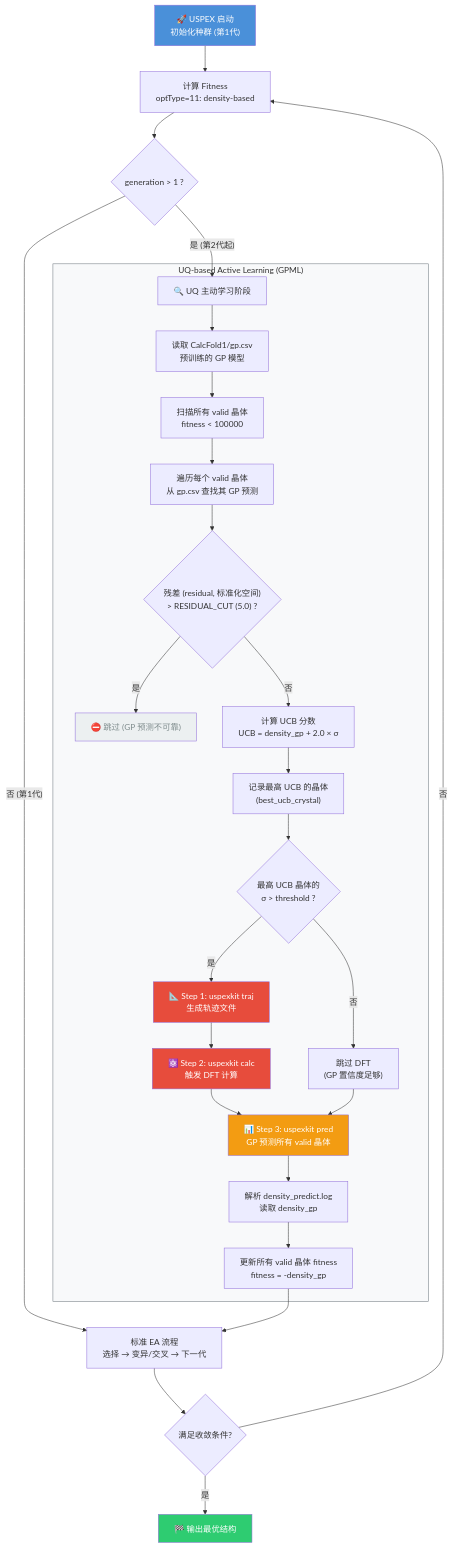
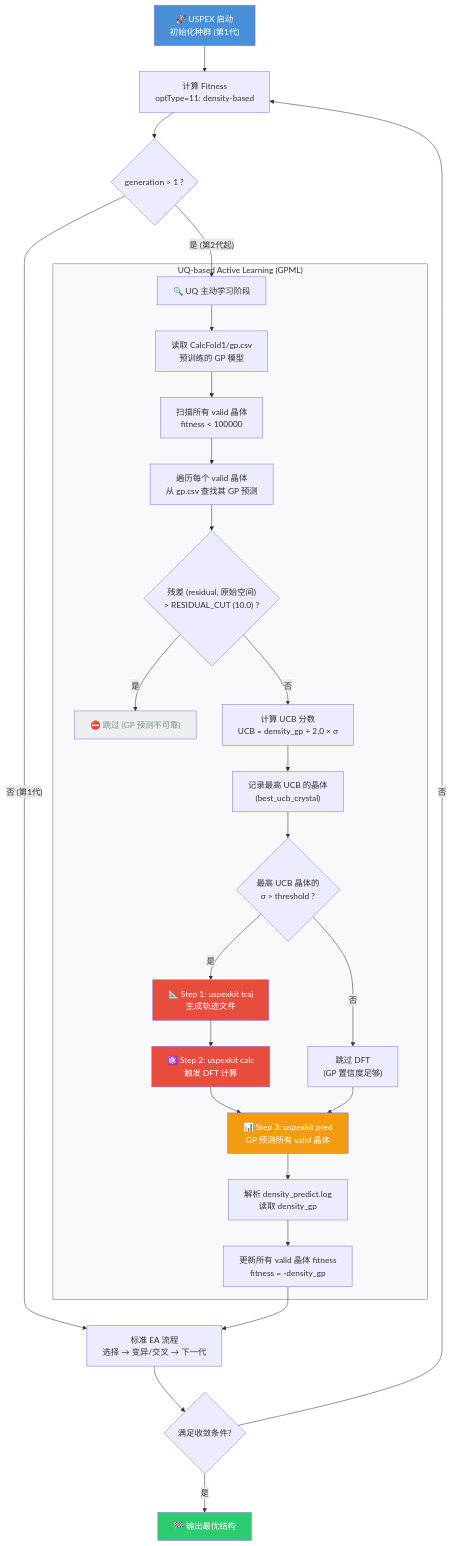
The first of 2 diagrams in docs/uq_active_learning_flowchart.md (fenggo/gpevo), drawn with Mermaid before and after one commit. The commit also changed other lines of this file and 10 other files, not shown here.

Commit message:
revert(gp): drop residual standardization, restore cutoff 10 via RESIDUAL_CUT

````diff
--- a/docs/uq_active_learning_flowchart.md
+++ b/docs/uq_active_learning_flowchart.md
@@ -5,44 +5,44 @@
 ```mermaid
 flowchart TD
     A["🚀 USPEX 启动<br/>初始化种群 (第1代)"] --> B["计算 Fitness<br/>optType=11: density-based"]
     B --> C{"generation > 1 ?"}
     C -->|"否 (第1代)"| Z["标准 EA 流程<br/>选择 → 变异/交叉 → 下一代"]
     C -->|"是 (第2代起)"| D["🔍 UQ 主动学习阶段"]
 
     subgraph UQ["UQ-based Active Learning (GPML)"]
         D --> E["读取 CalcFold1/gp.csv<br/>预训练的 GP 模型"]
         E --> F["扫描所有 valid 晶体<br/>fitness < 100000"]
         F --> G["遍历每个 valid 晶体<br/>从 gp.csv 查找其 GP 预测"]
 
-        G --> H{"残差 (residual, 标准化空间)<br/> > RESIDUAL_CUT (5.0) ?"}
+        G --> H{"残差 (residual, 原始空间)<br/> > RESIDUAL_CUT (10.0) ?"}
         H -->|"是"| I["⛔ 跳过 (GP 预测不可靠)"]
         H -->|"否"| J["计算 UCB 分数<br/>UCB = density_gp + 2.0 × σ"]
 
         J --> K["记录最高 UCB 的晶体<br/>(best_ucb_crystal)"]
 
         K --> L{"最高 UCB 晶体的<br/>σ > threshold ?"}
         L -->|"是"| M["📐 Step 1: uspexkit traj<br/>生成轨迹文件"]
         M --> N["⚛️ Step 2: uspexkit calc<br/>触发 DFT 计算"]
         L -->|"否"| O["跳过 DFT<br/>(GP 置信度足够)"]
 
         N --> P["📊 Step 3: uspexkit pred<br/>GP 预测所有 valid 晶体"]
         O --> P
 
         P --> Q["解析 density_predict.log<br/>读取 density_gp"]
         Q --> R["更新所有 valid 晶体 fitness<br/>fitness = -density_gp"]
     end
 
     R --> Z
 
     Z --> S{"满足收敛条件?"}
     S -->|"否"| B
     S -->|"是"| T["🏁 输出最优结构"]
 
     style A fill:#4a90d9,color:#fff
     style T fill:#2ecc71,color:#fff
     style UQ fill:#f8f9fa,stroke:#6c757d
     style M fill:#e74c3c,color:#fff
     style N fill:#e74c3c,color:#fff
     style P fill:#f39c12,color:#fff
     style I fill:#ecf0f1,color:#7f8c8d
 ```
````
